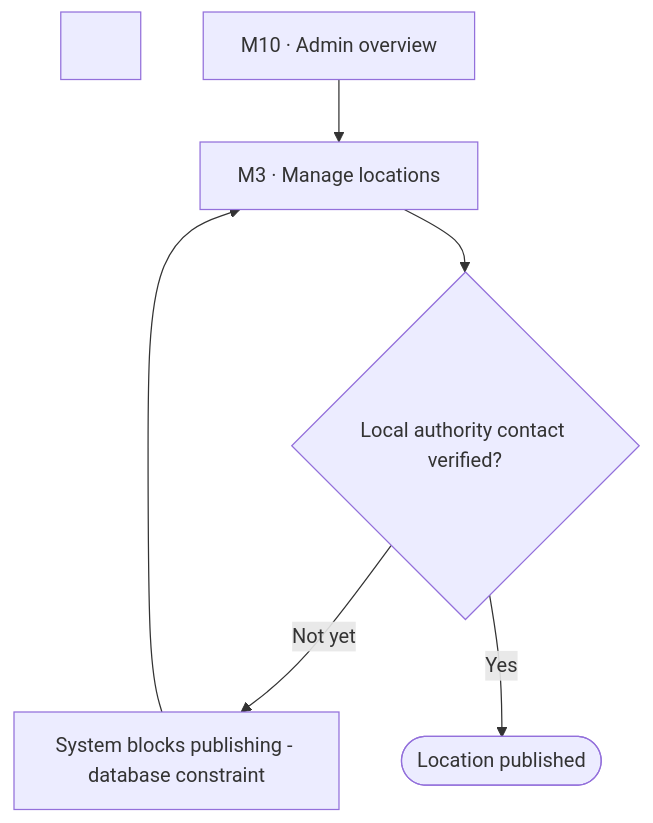
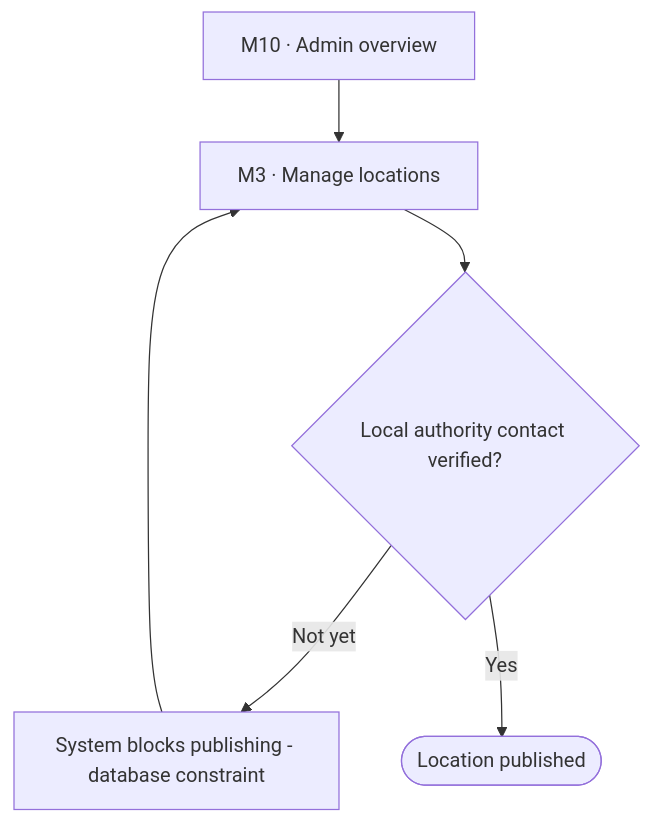
The second of 5 diagrams in docs/spec/spec-M3.md (namnt2005/CINEMATCH-DBIZ3.TeamC), drawn with Mermaid before and after one commit. The commit also changed other lines of this file and 176 other files, not shown here.

````diff
--- a/docs/spec/spec-M3.md
+++ b/docs/spec/spec-M3.md
@@ -121,7 +123,7 @@
 ```mermaid
 flowchart TD
-&nbsp;&nbsp;&nbsp;&nbsp;HUB[M10 · Admin overview] --> A1[M3 · Manage locations]
-&nbsp;&nbsp;&nbsp;&nbsp;A1 --> Q1{Local authority contact verified?}
-&nbsp;&nbsp;&nbsp;&nbsp;Q1 -- Not yet --> BLOCK[System blocks publishing - database constraint] --> A1
-&nbsp;&nbsp;&nbsp;&nbsp;Q1 -- Yes --> PUB([Location published])
+    HUB[M10 · Admin overview] --> A1[M3 · Manage locations]
+    A1 --> Q1{Local authority contact verified?}
+    Q1 -- Not yet --> BLOCK[System blocks publishing - database constraint] --> A1
+    Q1 -- Yes --> PUB([Location published])
 ```
````
